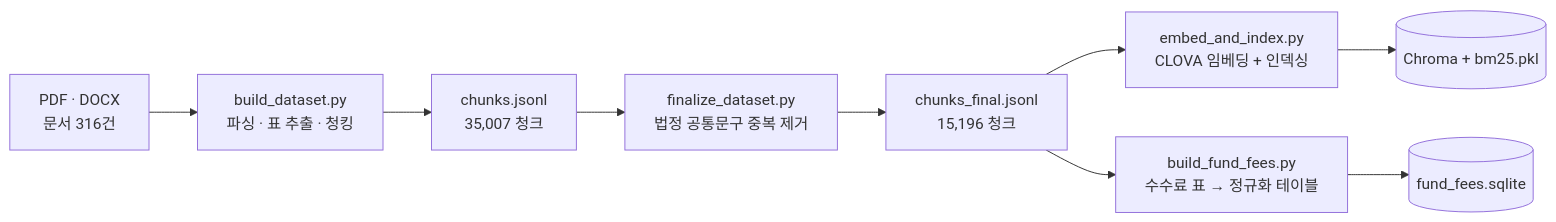
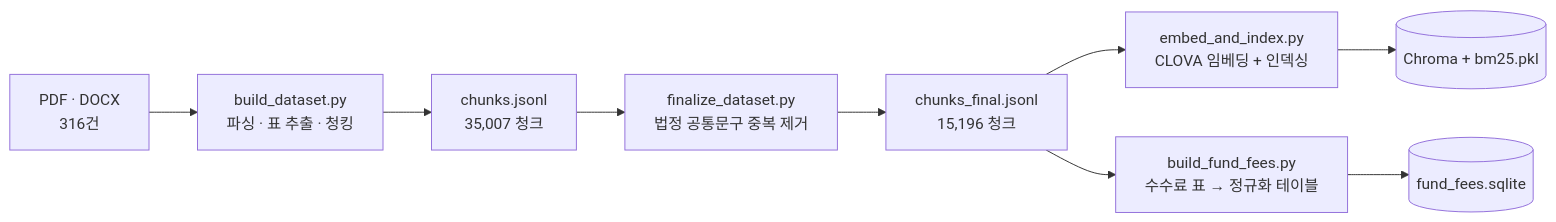
Before and after one commit to penguinnote/Mirae_Naver_MultiAgent: the second of 2 diagrams in README.md, drawn with Mermaid. The commit also changed other lines of this file and 2 other files, not shown here.

````diff
--- a/README.md
+++ b/README.md
@@ -62,15 +60,15 @@
 ```mermaid
 flowchart LR
-    DOC["PDF · DOCX<br/>문서 316건"]
+    DOC["PDF · DOCX<br/>316건"]
     B1["build_dataset.py<br/>파싱 · 표 추출 · 청킹"]
     C1["chunks.jsonl<br/>35,007 청크"]
     B2["finalize_dataset.py<br/>법정 공통문구 중복 제거"]
     C2["chunks_final.jsonl<br/>15,196 청크"]
     B3["embed_and_index.py<br/>CLOVA 임베딩 + 인덱싱"]
     B4["build_fund_fees.py<br/>수수료 표 → 정규화 테이블"]
     OUT1[("Chroma + bm25.pkl")]
     OUT2[("fund_fees.sqlite")]
 
     DOC --> B1 --> C1 --> B2 --> C2 --> B3 --> OUT1
     C2 --> B4 --> OUT2
 ```
````
